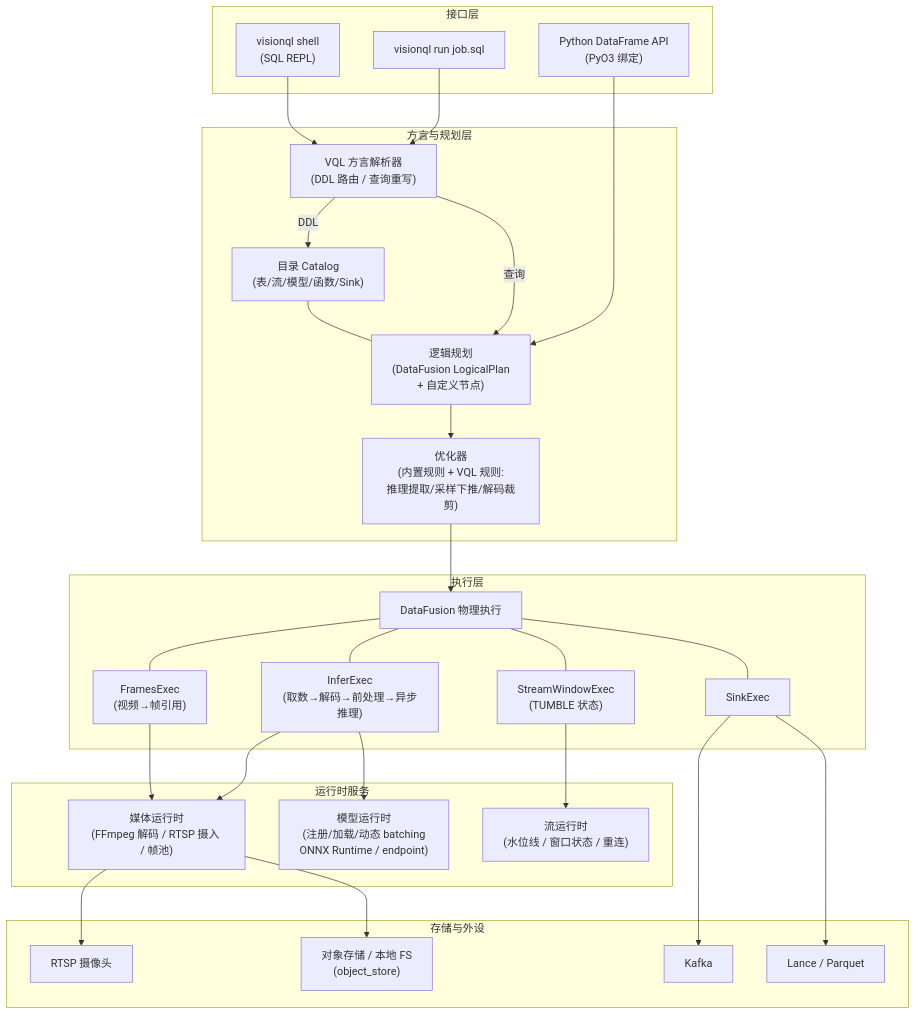
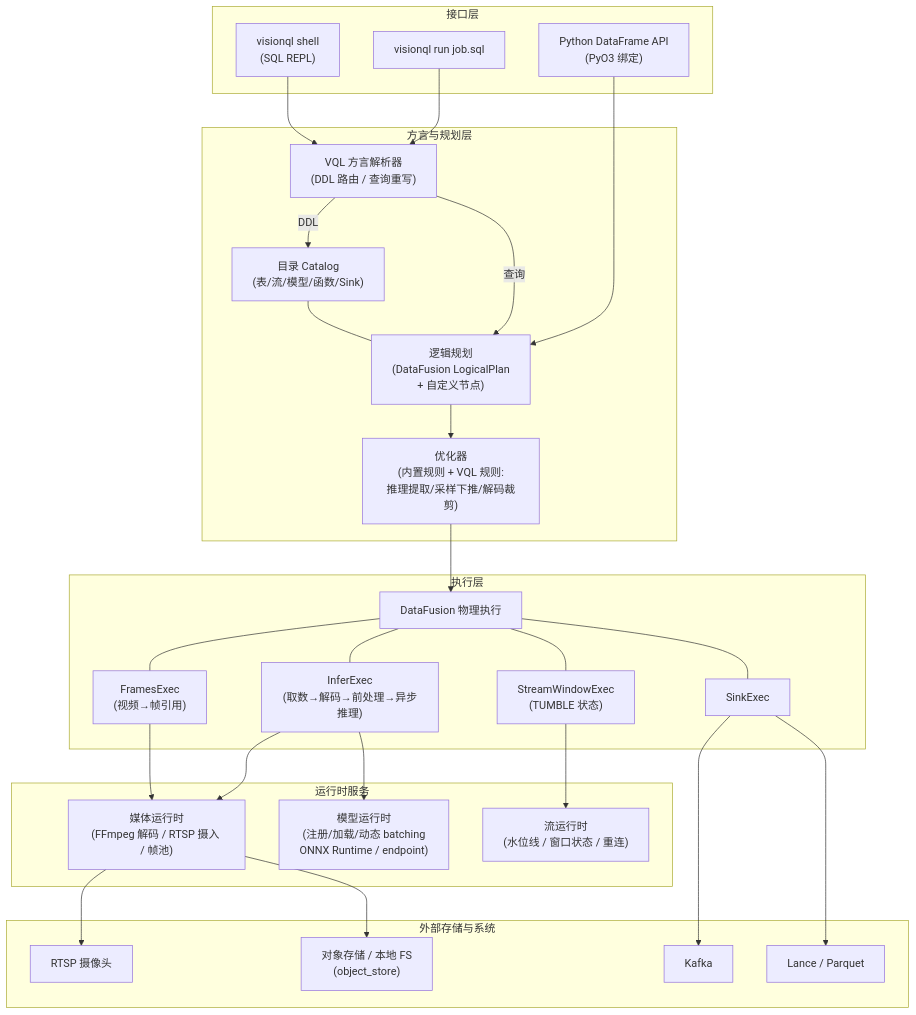
One commit to zhenlohuang/visionql changed the first of 2 diagrams in docs/system_design.md. Above: the diagram before and after it, drawn with Mermaid. The commit also changed other lines of this file and 3 other files, not shown here.

````diff
--- a/docs/system_design.md
+++ b/docs/system_design.md
@@ -101,52 +101,52 @@
 ```mermaid
 flowchart TB
     subgraph 接口层
         SHELL["visionql shell<br/>(SQL REPL)"]
         RUN["visionql run job.sql"]
         PY["Python DataFrame API<br/>(PyO3 绑定)"]
     end
 
     subgraph 方言与规划层
         PARSER["VQL 方言解析器<br/>(DDL 路由 / 查询重写)"]
         CATALOG["目录 Catalog<br/>(表/流/模型/函数/Sink)"]
         PLANNER["逻辑规划<br/>(DataFusion LogicalPlan<br/>+ 自定义节点)"]
         OPT["优化器<br/>(内置规则 + VQL 规则:<br/>推理提取/采样下推/解码裁剪)"]
     end
 
     subgraph 执行层
         EXEC["DataFusion 物理执行"]
         FEXEC["FramesExec<br/>(视频→帧引用)"]
         IEXEC["InferExec<br/>(取数→解码→前处理→异步推理)"]
         WEXEC["StreamWindowExec<br/>(TUMBLE 状态)"]
         SEXEC["SinkExec"]
     end
 
     subgraph 运行时服务
         MEDIA["媒体运行时<br/>(FFmpeg 解码 / RTSP 摄入 / 帧池)"]
         MODEL["模型运行时<br/>(注册/加载/动态 batching<br/>ONNX Runtime / endpoint)"]
         STREAMRT["流运行时<br/>(水位线 / 窗口状态 / 重连)"]
     end
 
-    subgraph 存储与外设
+    subgraph 外部存储与系统
         OS["对象存储 / 本地 FS<br/>(object_store)"]
         LANCE["Lance / Parquet"]
         KAFKA["Kafka"]
         RTSP["RTSP 摄像头"]
     end
 
     SHELL --> PARSER
     RUN --> PARSER
     PY --> PLANNER
     PARSER -->|DDL| CATALOG
     PARSER -->|查询| PLANNER
     PLANNER --> OPT --> EXEC
     CATALOG --- PLANNER
     EXEC --- FEXEC & IEXEC & WEXEC & SEXEC
     IEXEC --> MEDIA
     IEXEC --> MODEL
     FEXEC --> MEDIA
     WEXEC --> STREAMRT
     MEDIA --> RTSP
     MEDIA --> OS
     SEXEC --> KAFKA & LANCE
 ```
````
